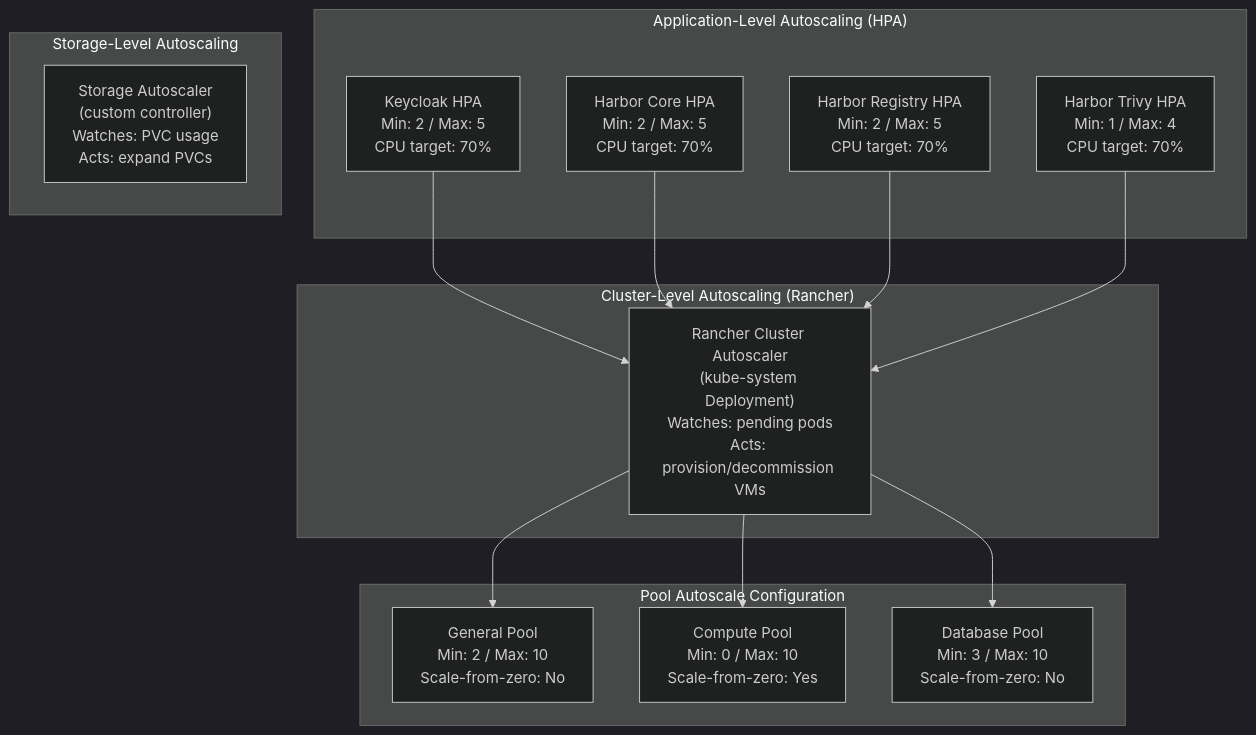
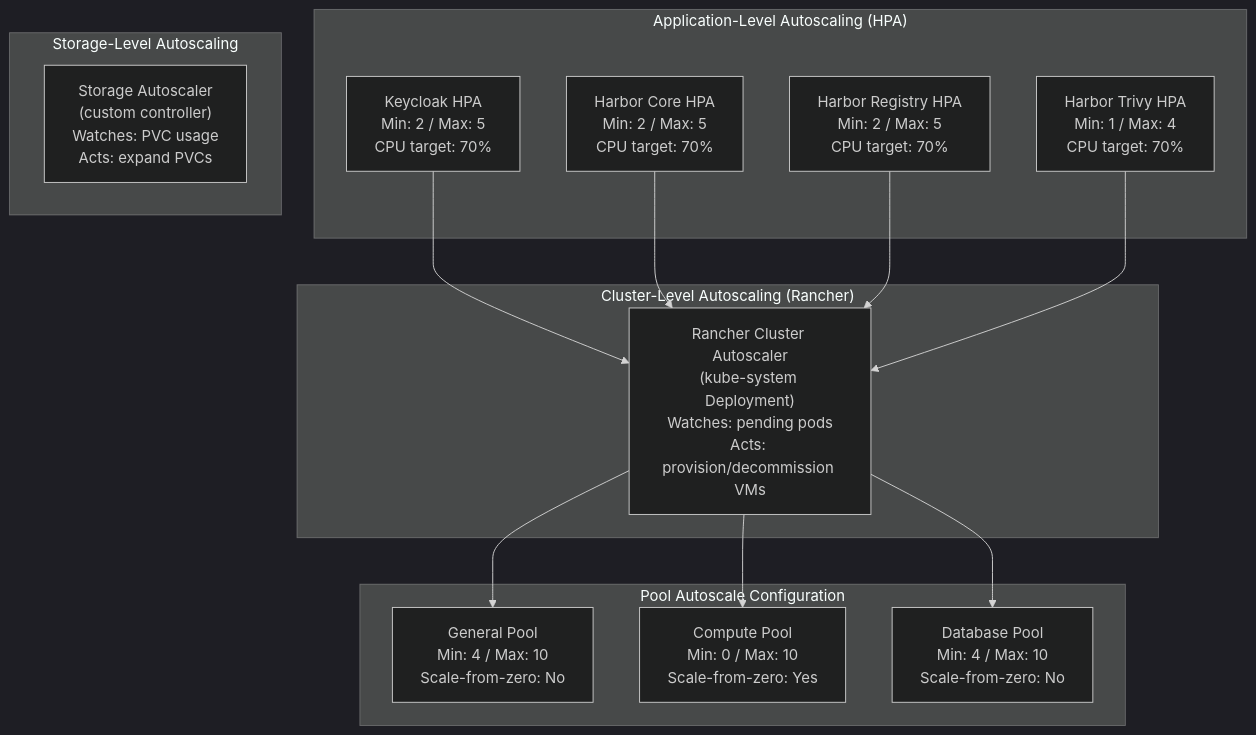
Diagram 17 of 26 in docs/engineering/system-architecture.md (derhornspieler/harvester-rke2-platform), drawn with Mermaid (dark theme) before and after one commit. The commit also changed other lines of this file and 40 other files, not shown here.

````diff
--- a/docs/engineering/system-architecture.md
+++ b/docs/engineering/system-architecture.md
@@ -855,31 +859,31 @@
 ```mermaid
 graph TD
     subgraph ClusterLevel["Cluster-Level Autoscaling (Rancher)"]
         CA["Rancher Cluster Autoscaler<br/>(kube-system Deployment)<br/>Watches: pending pods<br/>Acts: provision/decommission VMs"]
     end
 
     subgraph PoolConfig["Pool Autoscale Configuration"]
-        GP["General Pool<br/>Min: 2 / Max: 10<br/>Scale-from-zero: No"]
+        GP["General Pool<br/>Min: 4 / Max: 10<br/>Scale-from-zero: No"]
         CMP["Compute Pool<br/>Min: 0 / Max: 10<br/>Scale-from-zero: Yes"]
-        DP["Database Pool<br/>Min: 3 / Max: 10<br/>Scale-from-zero: No"]
+        DP["Database Pool<br/>Min: 4 / Max: 10<br/>Scale-from-zero: No"]
     end
 
     subgraph AppLevel["Application-Level Autoscaling (HPA)"]
         KCHPA["Keycloak HPA<br/>Min: 2 / Max: 5<br/>CPU target: 70%"]
         HC_HPA["Harbor Core HPA<br/>Min: 2 / Max: 5<br/>CPU target: 70%"]
         HR_HPA["Harbor Registry HPA<br/>Min: 2 / Max: 5<br/>CPU target: 70%"]
         HT_HPA["Harbor Trivy HPA<br/>Min: 1 / Max: 4<br/>CPU target: 70%"]
     end
 
     subgraph StorageLevel["Storage-Level Autoscaling"]
         SA["Storage Autoscaler<br/>(custom controller)<br/>Watches: PVC usage<br/>Acts: expand PVCs"]
     end
 
     CA --> GP
     CA --> CMP
     CA --> DP
     KCHPA --> CA
     HC_HPA --> CA
     HR_HPA --> CA
     HT_HPA --> CA
 ```
````
